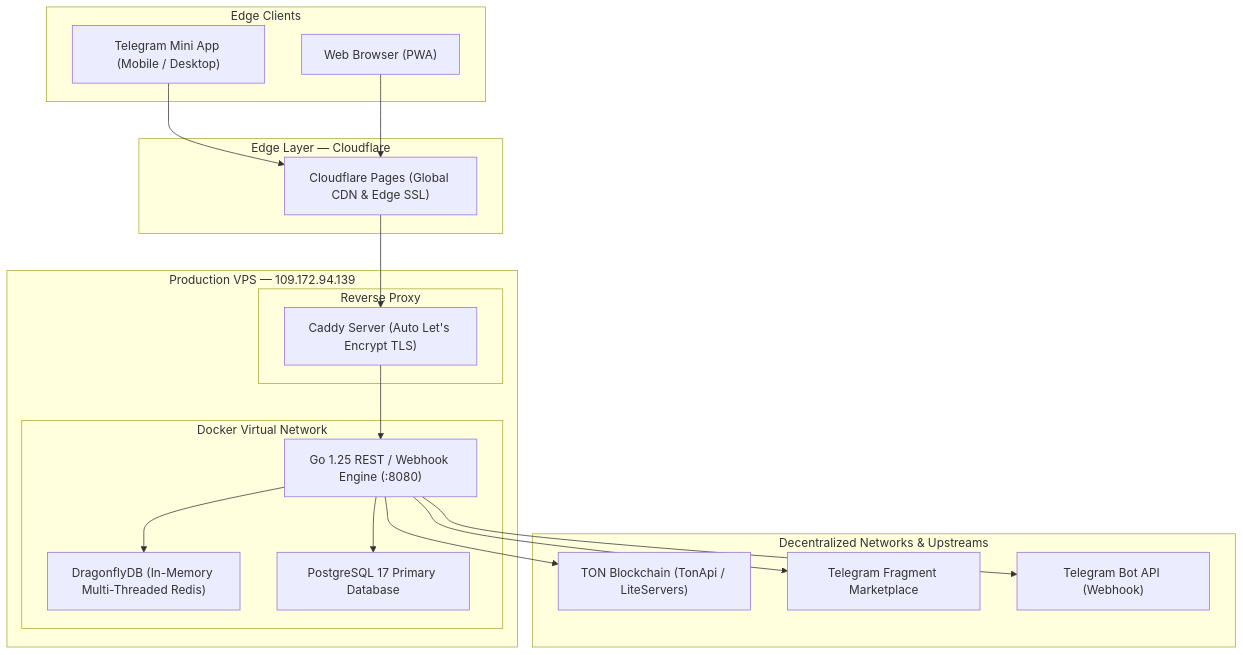
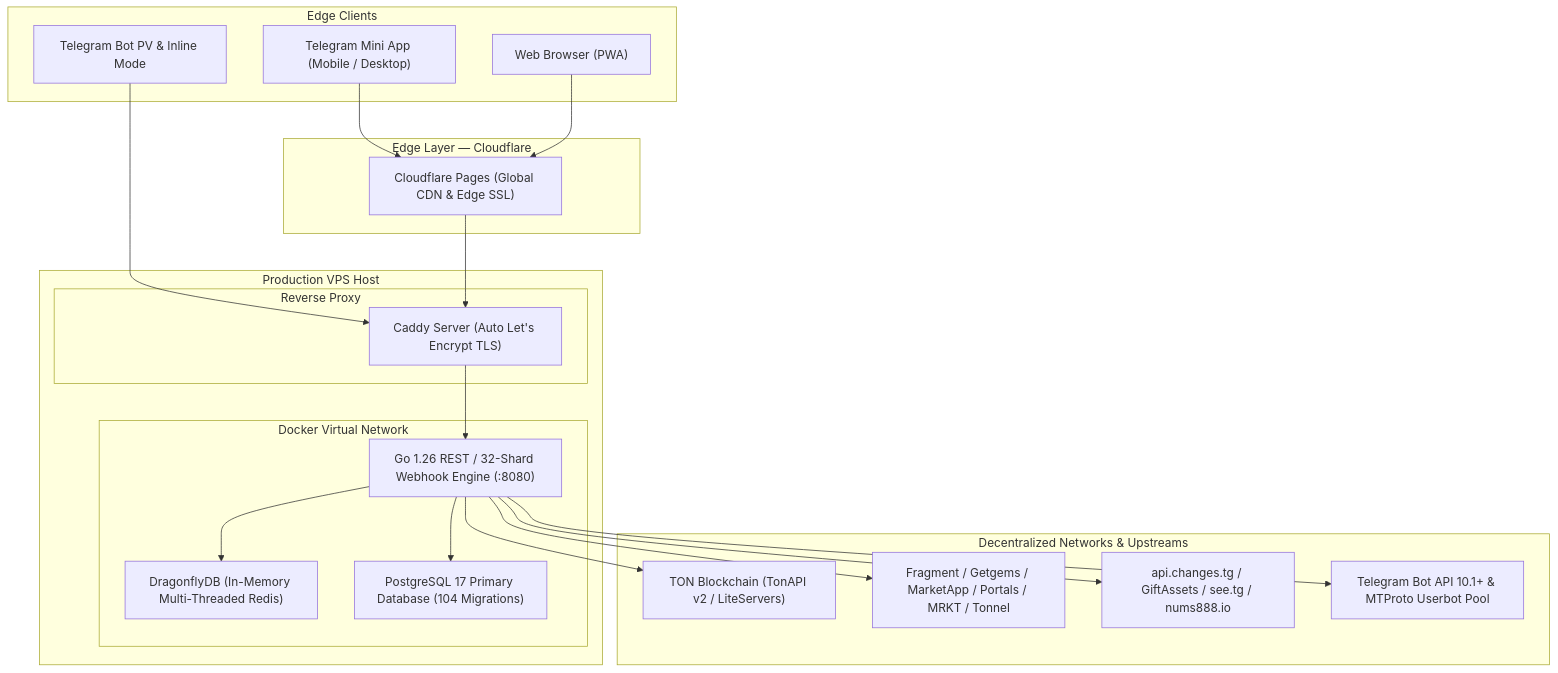
Before and after one commit to SeyyedYousef/iFragment: the diagram in PRODUCTION.md, drawn with Mermaid. The commit also changed other lines of this file and 163 other files, not shown here.

Commit message:
feat: upgrade to v2.0.0 from iFragmentBot with stability and build fixes

````diff
--- a/PRODUCTION.md
+++ b/PRODUCTION.md
@@ -11,39 +11,43 @@
 ```mermaid
 flowchart TB
     subgraph Clients["Edge Clients"]
         TMA["Telegram Mini App (Mobile / Desktop)"]
+        BOTPV["Telegram Bot PV & Inline Mode"]
         WEB["Web Browser (PWA)"]
     end
 
     subgraph Edge["Edge Layer — Cloudflare"]
         CF["Cloudflare Pages (Global CDN & Edge SSL)"]
     end
 
-    subgraph VPS["Production VPS — 109.172.94.139"]
+    subgraph VPS["Production VPS Host"]
         subgraph Ingress["Reverse Proxy"]
             CADDY["Caddy Server (Auto Let's Encrypt TLS)"]
         end
 
         subgraph Containers["Docker Virtual Network"]
-            API["Go 1.25 REST / Webhook Engine (:8080)"]
+            API["Go 1.26 REST / 32-Shard Webhook Engine (:8080)"]
             DRAGON["DragonflyDB (In-Memory Multi-Threaded Redis)"]
-            PG["PostgreSQL 17 Primary Database"]
+            PG["PostgreSQL 17 Primary Database (104 Migrations)"]
         end
     end
 
     subgraph Upstream["Decentralized Networks & Upstreams"]
-        TON["TON Blockchain (TonApi / LiteServers)"]
-        FRAG["Telegram Fragment Marketplace"]
-        BOT["Telegram Bot API (Webhook)"]
+        TON["TON Blockchain (TonAPI v2 / LiteServers)"]
+        FRAG["Fragment / Getgems / MarketApp / Portals / MRKT / Tonnel"]
+        GIFT["api.changes.tg / GiftAssets / see.tg / nums888.io"]
+        BOT["Telegram Bot API 10.1+ & MTProto Userbot Pool"]
     end
 
     TMA --> CF
     WEB --> CF
+    BOTPV --> CADDY
     CF --> CADDY
     CADDY --> API
     API --> DRAGON
     API --> PG
     API --> TON
     API --> FRAG
+    API --> GIFT
     API --> BOT
 ```
````
